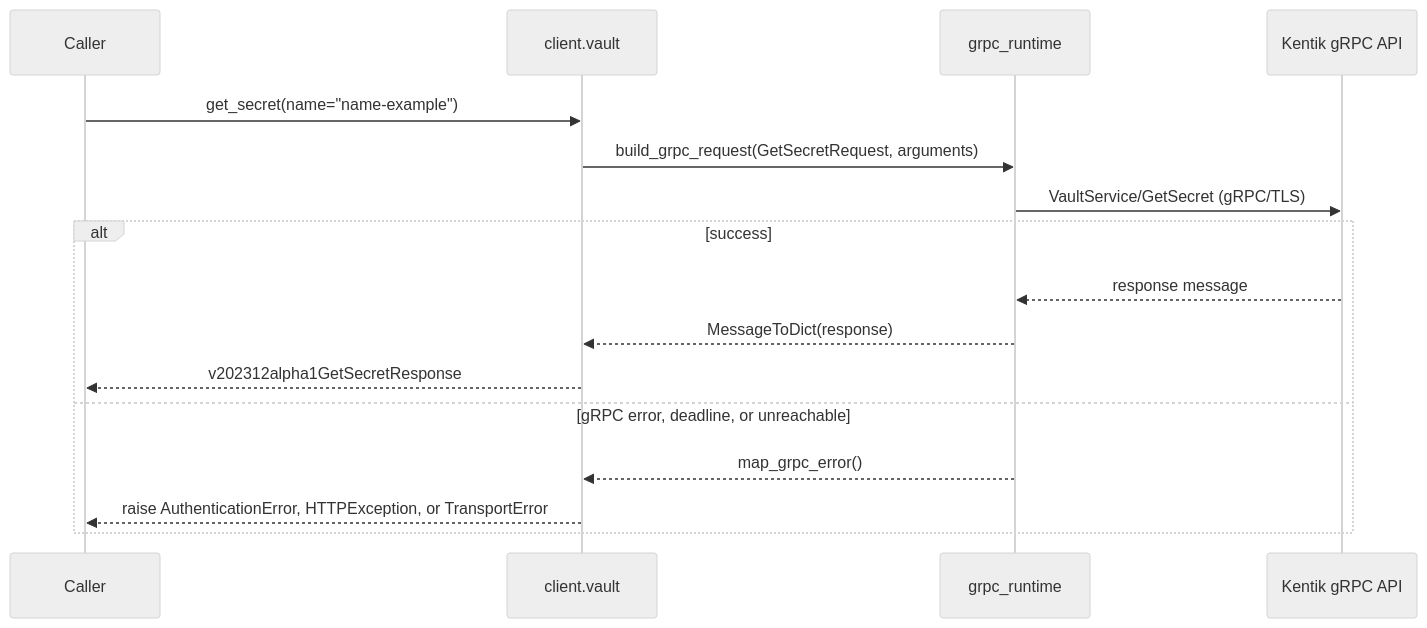
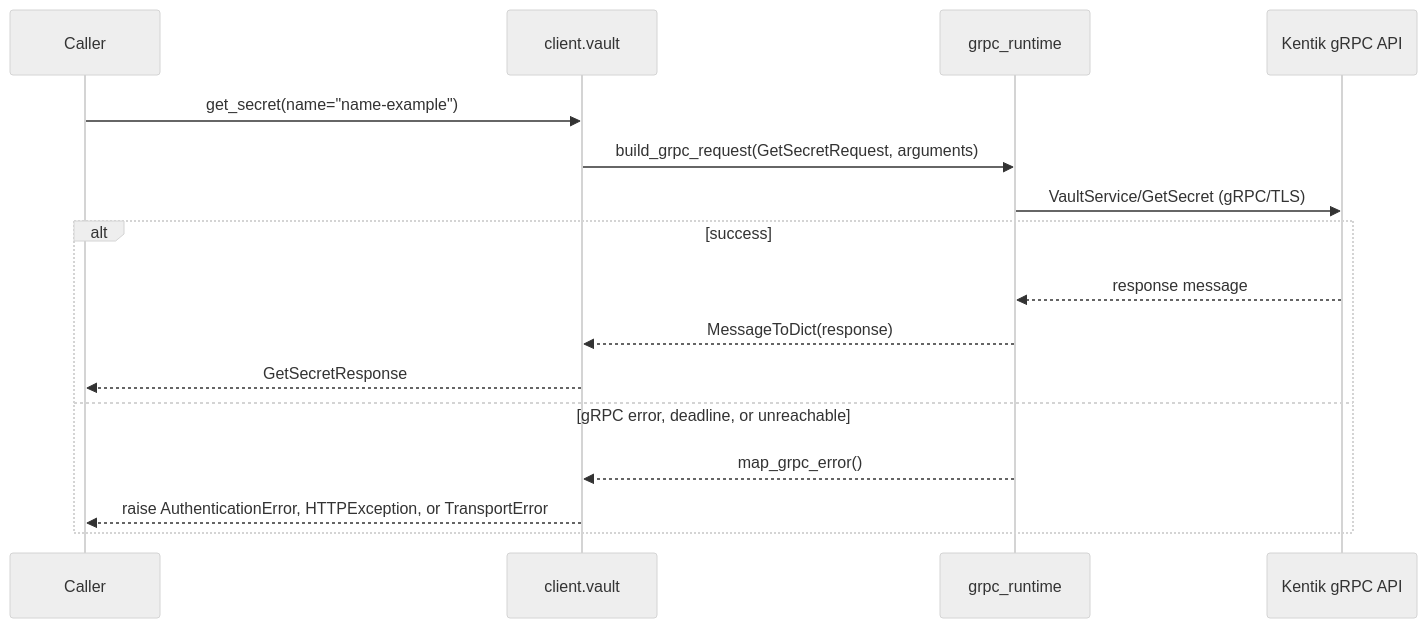
Before and after one commit to alexdearaujo/community_sdk_python: the fifth of 6 diagrams in docs/sphinx/services/vault.md, drawn with Mermaid (neutral theme). The commit also changed other lines of this file and 38 other files, not shown here.

````diff
--- a/docs/sphinx/services/vault.md
+++ b/docs/sphinx/services/vault.md
@@ -135,19 +135,19 @@
 ```mermaid
 sequenceDiagram
     participant C as Caller
     participant W as client.vault
     participant R as grpc_runtime
     participant API as Kentik gRPC API
 
     C->>W: get_secret(name="name-example")
     W->>R: build_grpc_request(GetSecretRequest, arguments)
     R->>API: VaultService/GetSecret (gRPC/TLS)
     alt success
         API-->>R: response message
         R-->>W: MessageToDict(response)
-        W-->>C: v202312alpha1GetSecretResponse
+        W-->>C: GetSecretResponse
     else gRPC error, deadline, or unreachable
         R-->>W: map_grpc_error()
         W-->>C: raise AuthenticationError, HTTPException, or TransportError
     end
 ```
````
